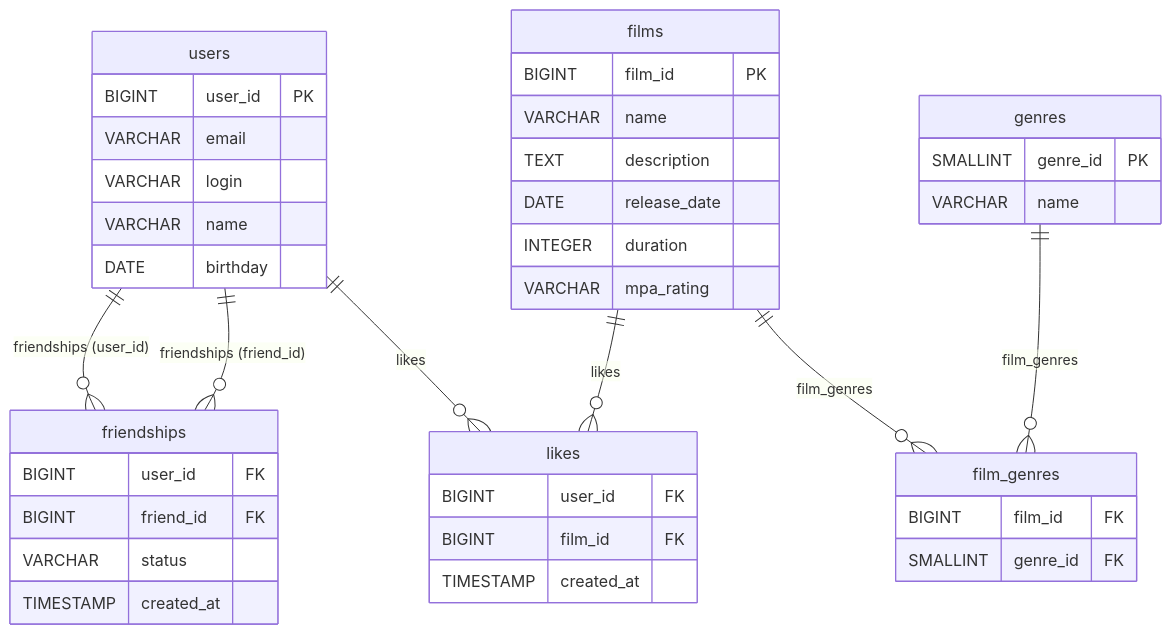
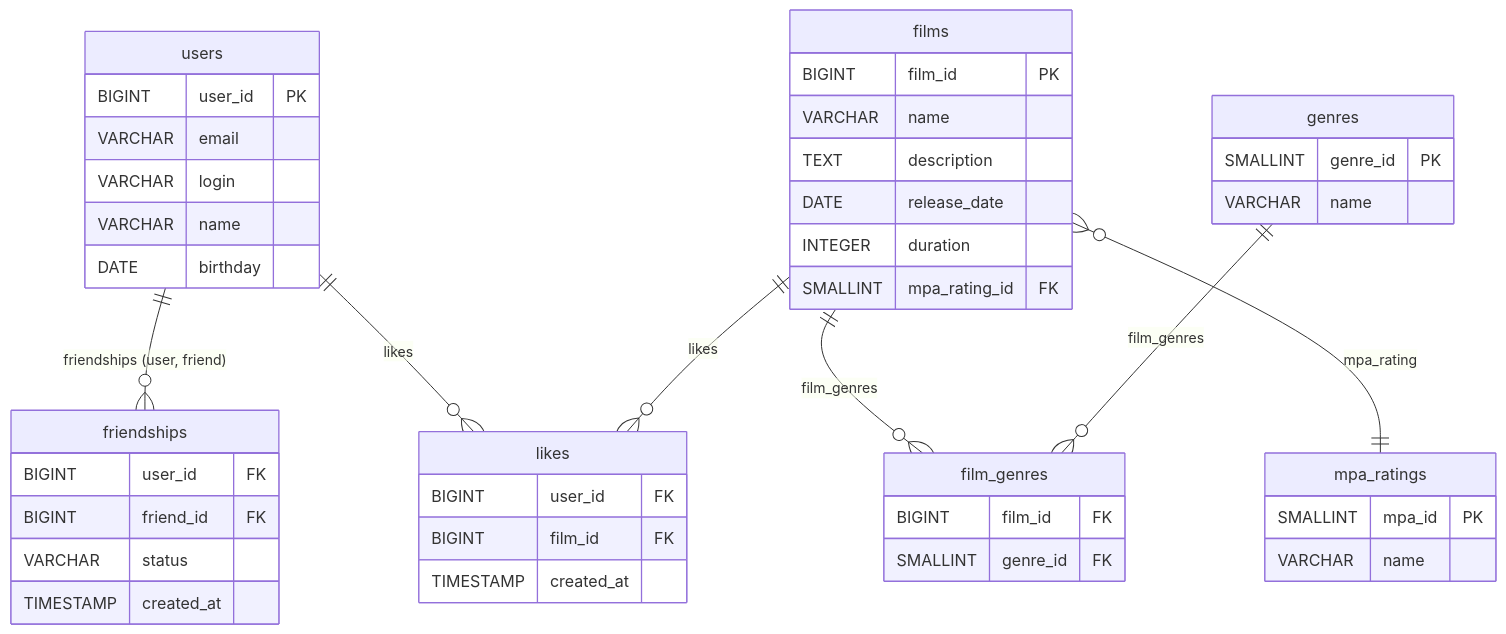
The diagram in README.md (impatient0/java-filmorate), drawn with Mermaid before and after one commit. The commit also changed other lines of this file, not shown here.

Commit message:
update README with relevant schema diagram & query examples

````diff
--- a/README.md
+++ b/README.md
@@ -6,49 +6,54 @@
 ```mermaid
 erDiagram
     users {
         BIGINT user_id PK
         VARCHAR email
         VARCHAR login
         VARCHAR name
         DATE birthday
     }
 
     films {
         BIGINT film_id PK
         VARCHAR name
         TEXT description
         DATE release_date
         INTEGER duration
-        VARCHAR mpa_rating
+        SMALLINT mpa_rating_id FK
+    }
+
+    mpa_ratings {
+        SMALLINT mpa_id PK
+        VARCHAR name
     }
 
     genres {
         SMALLINT genre_id PK
         VARCHAR name
     }
 
     film_genres {
         BIGINT film_id FK
         SMALLINT genre_id FK
     }
 
     friendships {
         BIGINT user_id FK
         BIGINT friend_id FK
         VARCHAR status
         TIMESTAMP created_at
     }
 
     likes {
         BIGINT user_id FK
         BIGINT film_id FK
         TIMESTAMP created_at
     }
 
-    users ||--o{ friendships : "friendships (user_id)"
-    users ||--o{ friendships : "friendships (friend_id)"
+    users ||--o{ friendships : "friendships (user, friend)"
     users ||--o{ likes : "likes"
     films ||--o{ likes : "likes"
     films ||--o{ film_genres : "film_genres"
     genres ||--o{ film_genres : "film_genres"
+    films }o--|| mpa_ratings : "mpa_rating"
 ```
````
